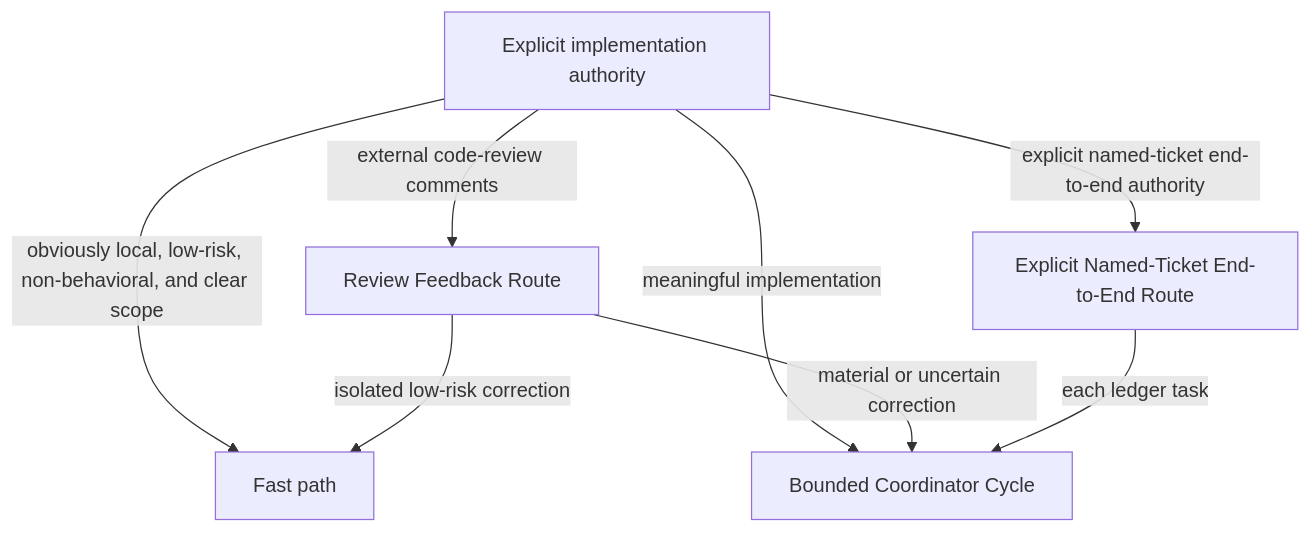
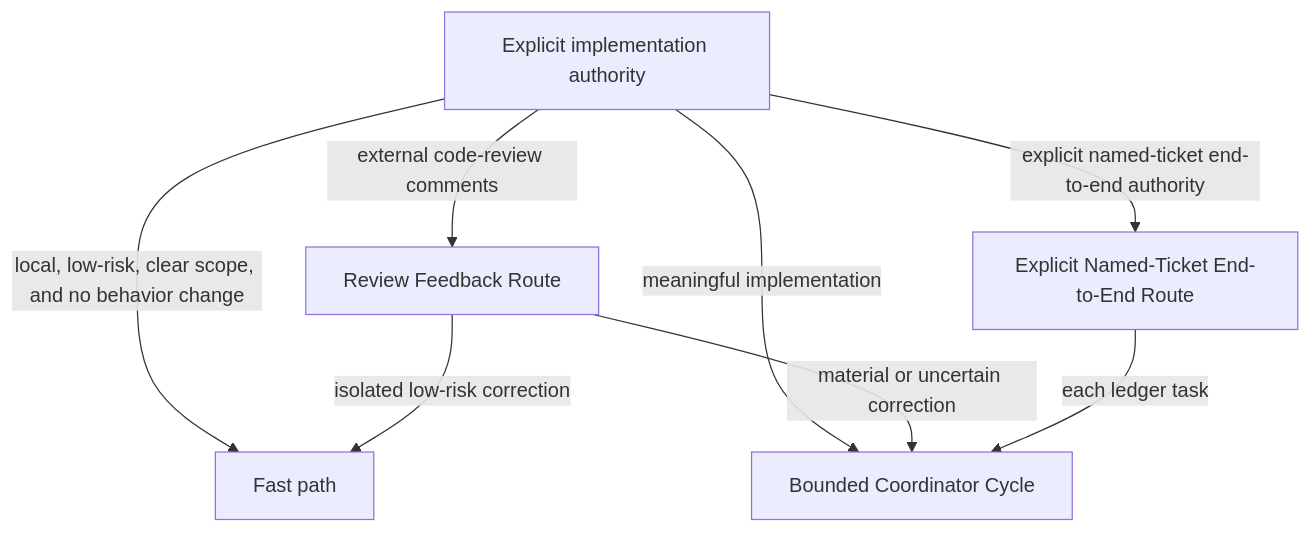
Before and after one commit to filipgutica/filip-stack: the first of 4 diagrams in plugins/workflow/skills/coordinator/references/implementation-flow.md, drawn with Mermaid. The commit also changed other lines of this file and 16 other files, not shown here.

````diff
--- a/plugins/workflow/skills/coordinator/references/implementation-flow.md
+++ b/plugins/workflow/skills/coordinator/references/implementation-flow.md
@@ -5,11 +5,11 @@
 ```mermaid
 flowchart TD
     Authority["Explicit implementation authority"]
-    Authority -->|obviously local, low-risk, non-behavioral, and clear scope| FastPath["Fast path"]
+    Authority -->|local, low-risk, clear scope, and no behavior change| FastPath["Fast path"]
     Authority -->|meaningful implementation| BoundedCycle["Bounded Coordinator Cycle"]
     Authority -->|explicit named-ticket end-to-end authority| TicketE2E["Explicit Named-Ticket End-to-End Route"]
     Authority -->|external code-review comments| ReviewFeedback["Review Feedback Route"]
     ReviewFeedback -->|isolated low-risk correction| FastPath
     ReviewFeedback -->|material or uncertain correction| BoundedCycle
     TicketE2E -->|each ledger task| BoundedCycle
 ```
````
